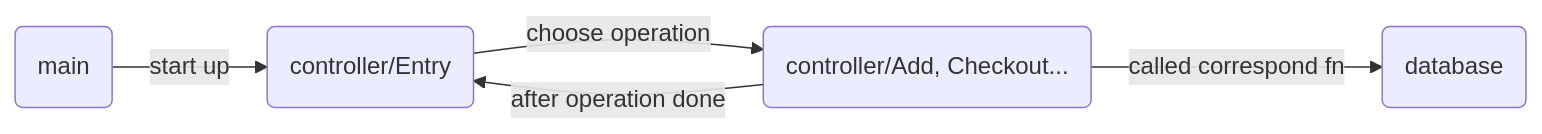
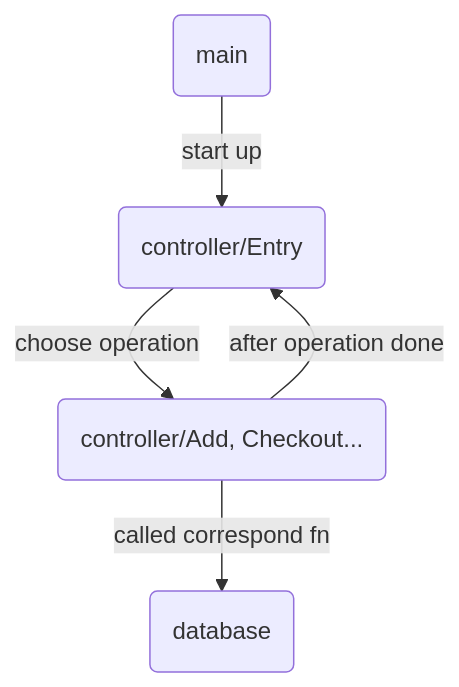
Before and after one commit to wlog106/DS-OOP_HW2: the diagram in README.md, drawn with Mermaid.

````diff
--- a/README.md
+++ b/README.md
@@ -14,7 +14,7 @@
 ```mermaid
-graph LR
+graph TD
 A(main) --start up--> B(controller/Entry)
 B --choose operation--> C(controller/Add, Checkout...)
 C --after operation done--> B
 C --called correspond fn--> D(database)
 ```
````
